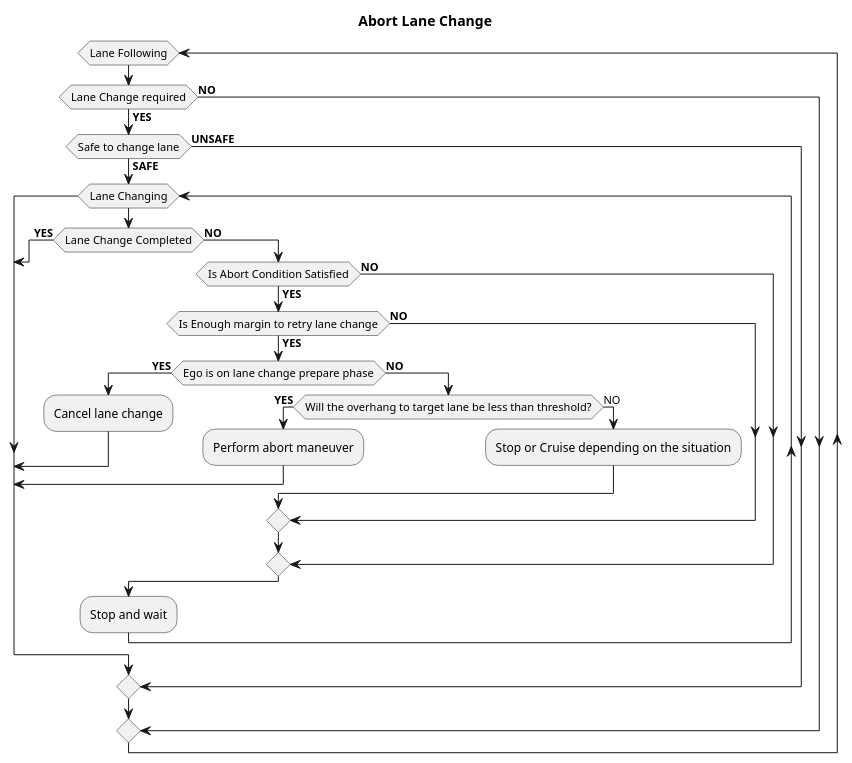
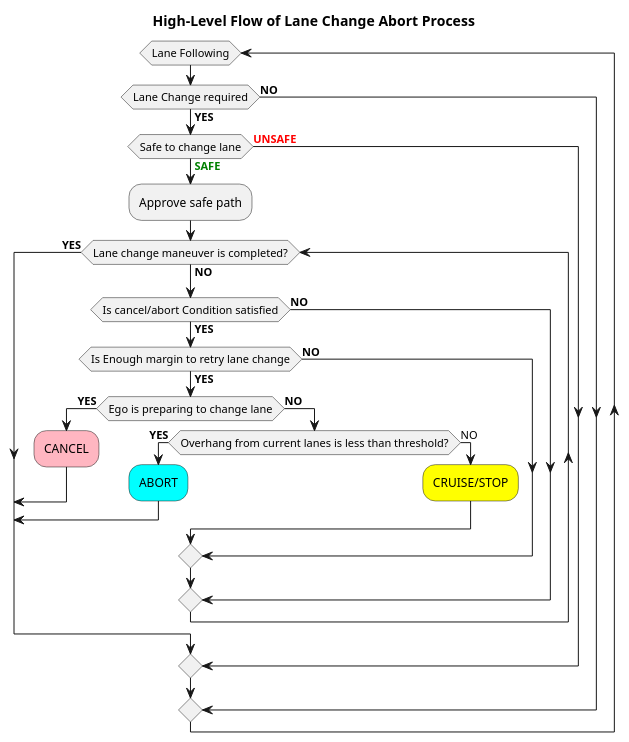
The tenth of 11 diagrams in planning/behavior_path_planner/autoware_behavior_path_lane_change_module/README.md (autowarefoundation/autoware.universe), drawn with PlantUML before and after one commit. The commit also changed other lines of this file and 1 other file, not shown here.

Commit message:
docs(lane_change): explaining cancel and abort process

````diff
--- a/planning/behavior_path_planner/autoware_behavior_path_lane_change_module/README.md
+++ b/planning/behavior_path_planner/autoware_behavior_path_lane_change_module/README.md
@@ -731,43 +816,40 @@
 ```plantuml
 @startuml
-skinparam monochrome true
 skinparam defaultTextAlignment center
+skinparam backgroundColor #WHITE
 
-title Abort Lane Change
+title High-Level Flow of Lane Change Abort Process
 
 while(Lane Following)
   if (Lane Change required) then (**YES**)
-    if (Safe to change lane) then (**SAFE**)
-      while(Lane Changing)
-        if (Lane Change Completed) then (**YES**)
-        break
-        else (**NO**)
-          if (Is Abort Condition Satisfied) then (**NO**)
+    if (Safe to change lane) then (<color:green><b>SAFE</b></color>)
+      :Approve safe path;
+      while(Lane change maneuver is completed?) is (**NO**)
+          if (Is cancel/abort Condition satisfied) then (**NO**)
           else (**YES**)
             if (Is Enough margin to retry lane change) then (**YES**)
-              if (Ego is on lane change prepare phase) then (**YES**)
-              :Cancel lane change;
+              if (Ego is preparing to change lane) then (**YES**)
+              #LightPink:CANCEL;
               break
               else (**NO**)
-              if (Will the overhang to target lane be less than threshold?) then (**YES**)
-              :Perform abort maneuver;
+              if (Overhang from current lanes is less than threshold?) then (**YES**)
+              #Cyan:ABORT;
               break
               else (NO)
-              :Stop or Cruise depending on the situation;
+              #Yellow:CRUISE/STOP;
               endif
             endif
           else (**NO**)
           endif
+
         endif
-        endif
-      :Stop and wait;
-      endwhile
-    else (**UNSAFE**)
+      endwhile (**YES**)
+    else (<color:red><b>UNSAFE</b></color>)
     endif
   else (**NO**)
   endif
 endwhile
 -[hidden]->
 detach
 @enduml
 ```
````
